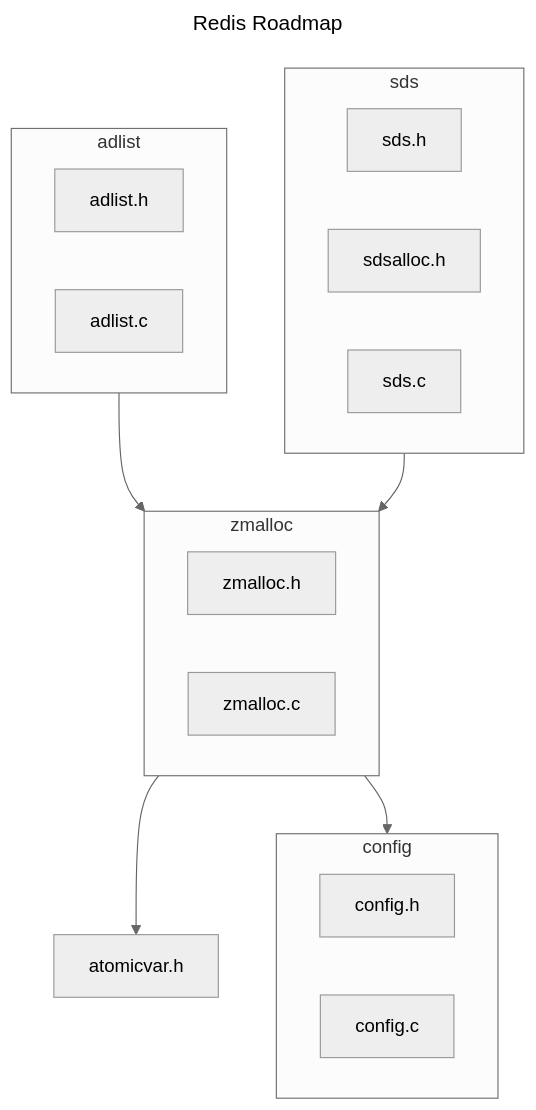
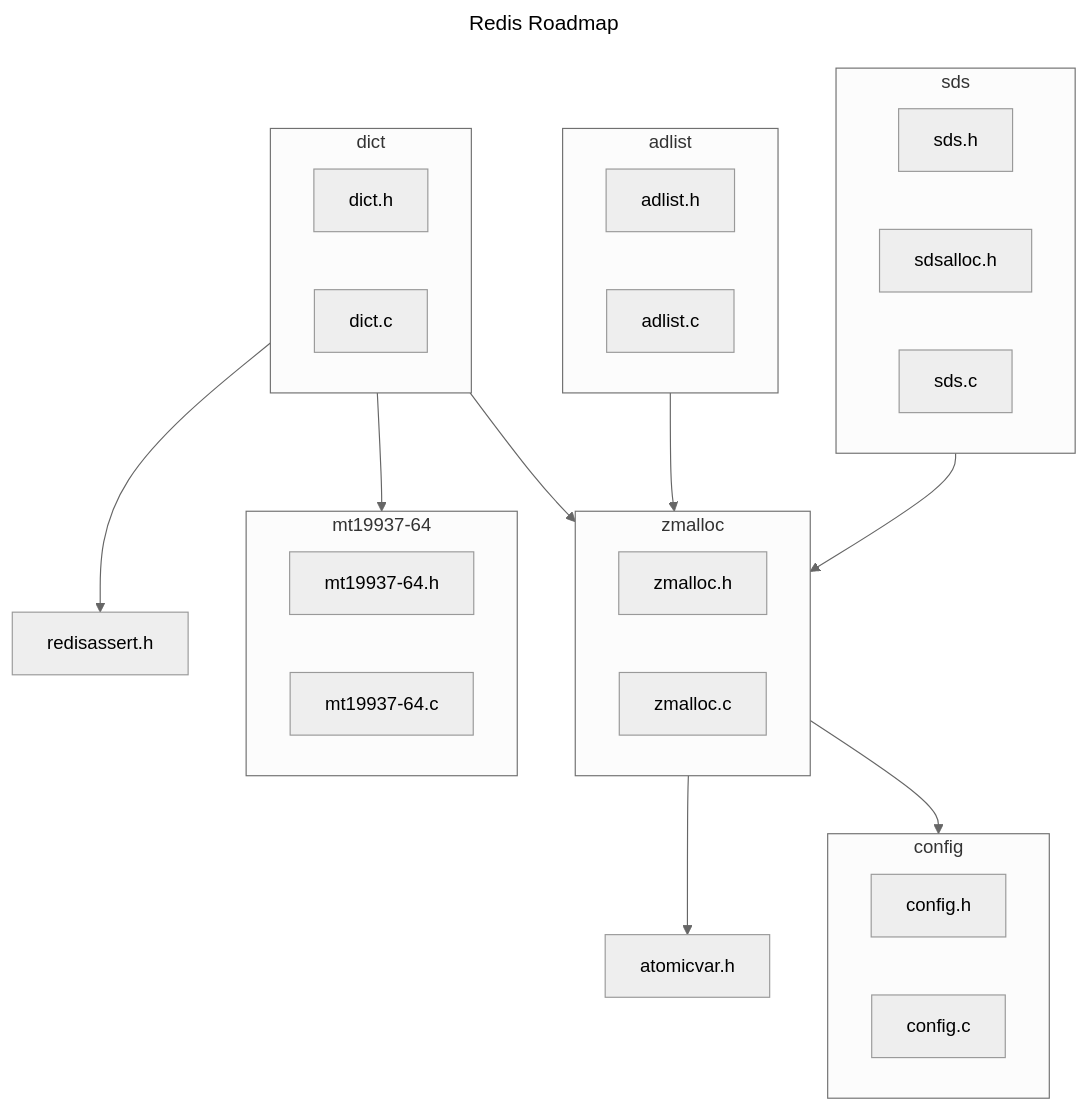
Before and after one commit to artorias-gh/Redis.CR: the diagram in README.md, drawn with Mermaid (neutral theme).

Commit message:
update dict subgraph

````diff
--- a/README.md
+++ b/README.md
@@ -3,52 +3,77 @@
 ```mermaid
 ---
 title: Redis Roadmap
 ---
 flowchart TD
     subgraph sds ["sds"]
         direction LR
         sds_h["sds.h"]
         sdsalloc_h["sdsalloc.h"]
         sds_c["sds.c"]
     end
 
     subgraph adlist ["adlist"]
         direction LR
         adlist_h["adlist.h"]
         adlist_c["adlist.c"]
     end
 
+    subgraph dict ["dict"]
+        direction LR
+        dict_h["dict.h"]
+        dict_c["dict.c"]
+    end
+
     subgraph zmalloc ["zmalloc"]
         direction LR
         zmalloc_h["zmalloc.h"]
         zmalloc_c["zmalloc.c"]
     end
 
     subgraph config ["config"]
         direction LR
         config_h["config.h"]
         config_c["config.c"]
     end
 
+    subgraph mt19937 ["mt19937-64"]
+        direction LR
+        mt19937_h["mt19937-64.h"]
+        mt19937_c["mt19937-64.c"]
+    end
+
     atomicvar_h["atomicvar.h"]
+
+    redisassert_h["redisassert.h"]
 
     sdsalloc_h --> zmalloc
     adlist_c --> zmalloc
+    dict_h --> mt19937
+    dict_c --> zmalloc
+    dict_c --> redisassert_h
+    zmalloc_c --> config
     zmalloc_c --> atomicvar_h
-    zmalloc_c --> config
 
     click sds_h href "https://github.com/redis/redis/blob/6.2.14/src/sds.h" _blank
     click sds_c href "https://github.com/redis/redis/blob/6.2.14/src/sds.c" _blank
     click sdsalloc_h href "https://github.com/redis/redis/blob/6.2.14/src/sdsalloc.h" _blank
 
     click adlist_h href "https://github.com/redis/redis/blob/6.2.14/src/adlist.h" _blank
     click adlist_c href "https://github.com/redis/redis/blob/6.2.14/src/adlist.c" _blank
+
+    click dict_h href "https://github.com/redis/redis/blob/6.2.14/src/dict.h" _blank
+    click dict_c href "https://github.com/redis/redis/blob/6.2.14/src/dict.c" _blank
     
     click zmalloc_h "https://github.com/redis/redis/blob/6.2.14/src/zmalloc.h" _blank
     click zmalloc_c "https://github.com/redis/redis/blob/6.2.14/src/zmalloc.c" _blank
 
     click config_h "https://github.com/redis/redis/blob/6.2.14/src/config.h" _blank
     click config_c "https://github.com/redis/redis/blob/6.2.14/src/config.c" _blank
 
+    click mt19937_h "https://github.com/redis/redis/blob/6.2.14/src/mt19937-64.h" _blank
+    click mt19937_c "https://github.com/redis/redis/blob/6.2.14/src/mt19937-64.c" _blank
+
+    click redisassert_h "https://github.com/redis/redis/blob/6.2.14/src/redisassert.h" _blank
+
     click atomicvar_h "https://github.com/redis/redis/blob/6.2.14/src/atomicvar.h" _blank
 ```
````
